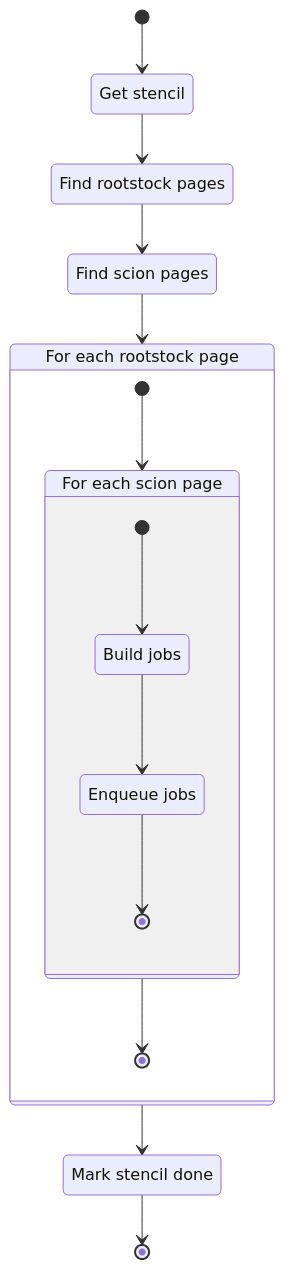
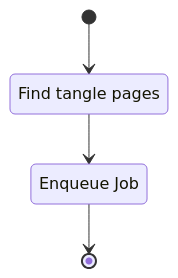
The diagram in docs/unit-descriptions/producer.md (Uiowa-Applied-Topology/tanglenomicon_compute_pure_vignette), drawn with Mermaid before and after one commit. The commit also changed other lines of this file and 16 other files, not shown here.

````diff
--- a/docs/unit-descriptions/producer.md
+++ b/docs/unit-descriptions/producer.md
@@ -25,30 +21,9 @@
 ```mermaid
 stateDiagram-v2
-    state "Get stencil" as gs
-    state "Find rootstock pages" as frp
-    state "Find scion pages" as fsp
-    state "Mark stencil done" as msd
+    state "Find tangle pages" as frp
+    state "Enqueue Job" as ej
 
-
-    [*]--> gs
-    gs --> frp
-    frp --> fsp
-    fsp --> forp
-
-    forp: For each rootstock page
-    state forp{
-        fosp: For each scion page
-        state fosp{
-            state "Build jobs" as bj
-            state "Enqueue jobs" as ej
-        [*]-->bj
-        bj -->ej
-        ej --> [*]
-        }
-        [*]-->fosp
-        fosp-->[*]
-    }
-    forp --> msd
-    msd --> [*]
-
+    [*] --> frp
+    frp --> ej
+    ej --> [*]
 ```
````
